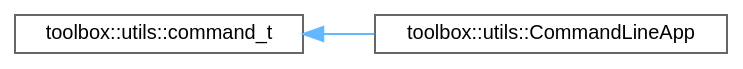
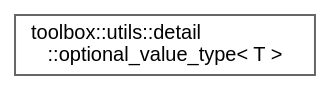
The diagram in inherit_graph_70.dot (nerdneilsfield/cpp-toolbox), drawn with Graphviz before and after one commit. The commit also changed 329 other files, not shown here.

```diff
--- a/inherit_graph_70.dot
+++ b/inherit_graph_70.dot
@@ -1,11 +1,9 @@
 digraph "Graphical Class Hierarchy"
 {
  // LATEX_PDF_SIZE
   bgcolor="transparent";
   edge [fontname=Helvetica,fontsize=10,labelfontname=Helvetica,labelfontsize=10];
   node [fontname=Helvetica,fontsize=10,shape=box,height=0.2,width=0.4];
   rankdir="LR";
-  Node0 [id="Node000000",label="toolbox::utils::command_t",height=0.2,width=0.4,color="grey40", fillcolor="white", style="filled",URL="$classtoolbox_1_1utils_1_1command__t.html",tooltip=" "];
-  Node0 -> Node1 [id="edge36_Node000000_Node000001",dir="back",color="steelblue1",style="solid",tooltip=" "];
-  Node1 [id="Node000001",label="toolbox::utils::CommandLineApp",height=0.2,width=0.4,color="grey40", fillcolor="white", style="filled",URL="$classtoolbox_1_1utils_1_1_command_line_app.html",tooltip=" "];
+  Node0 [id="Node000000",label="toolbox::utils::detail\l::optional_value_type\< T \>",height=0.2,width=0.4,color="grey40", fillcolor="white", style="filled",URL="$structtoolbox_1_1utils_1_1detail_1_1optional__value__type.html",tooltip=" "];
 }
```
